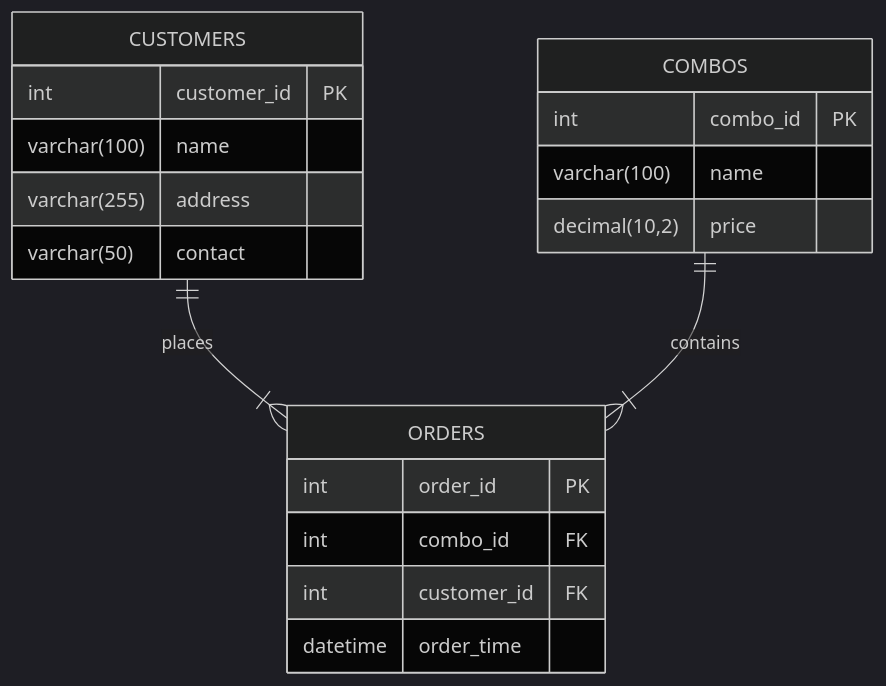
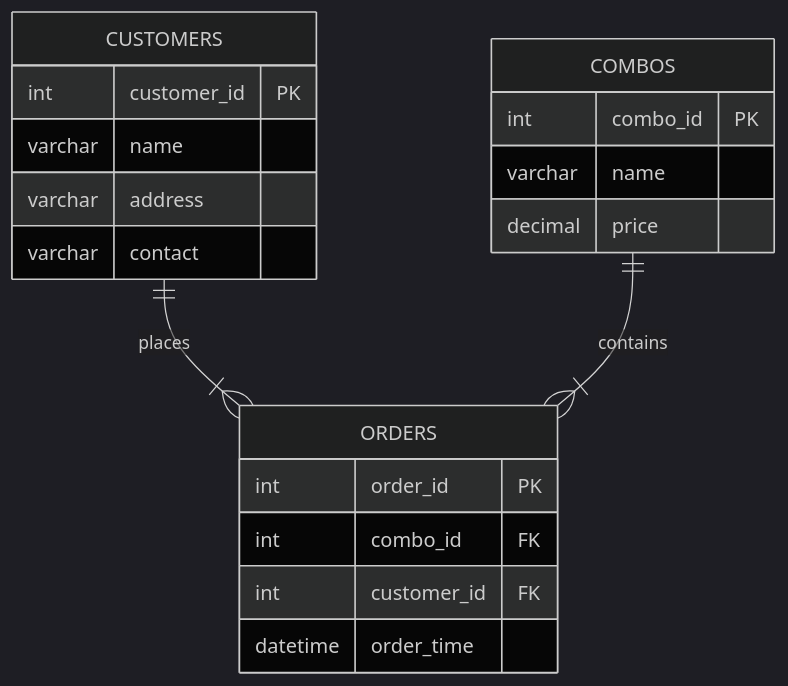
Before and after one commit to bansikah22/aws-devops-hands-on-demos: the diagram in db-fundamentals/project.md, drawn with Mermaid (dark theme). The commit also changed other lines of this file and 5 other files, not shown here.

````diff
--- a/db-fundamentals/project.md
+++ b/db-fundamentals/project.md
@@ -40,25 +51,25 @@
 ```mermaid
 erDiagram
     CUSTOMERS ||--|{ ORDERS : "places"
     COMBOS ||--|{ ORDERS : "contains"
 
     CUSTOMERS {
         int customer_id PK
-        varchar(100) name
-        varchar(255) address
-        varchar(50) contact
+        varchar name
+        varchar address
+        varchar contact
     }
 
     COMBOS {
         int combo_id PK
-        varchar(100) name
-        decimal(10,2) price
+        varchar name
+        decimal price
     }
 
     ORDERS {
         int order_id PK
         int combo_id FK
         int customer_id FK
         datetime order_time
     }
 ```
````
